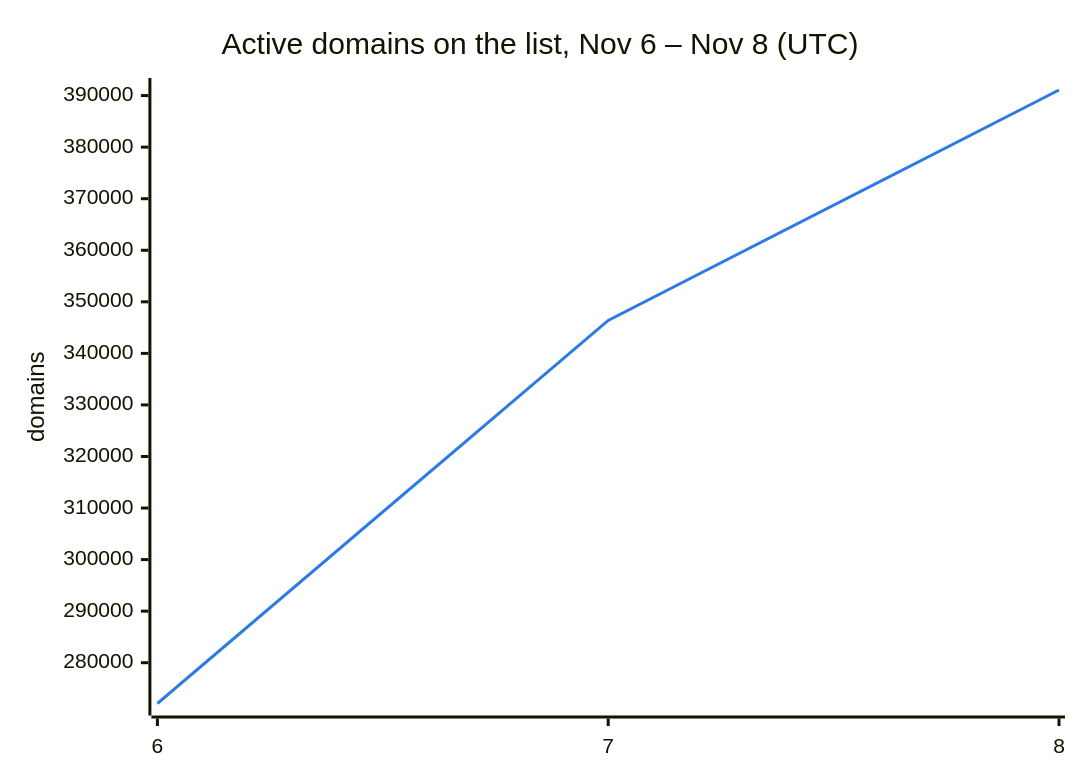
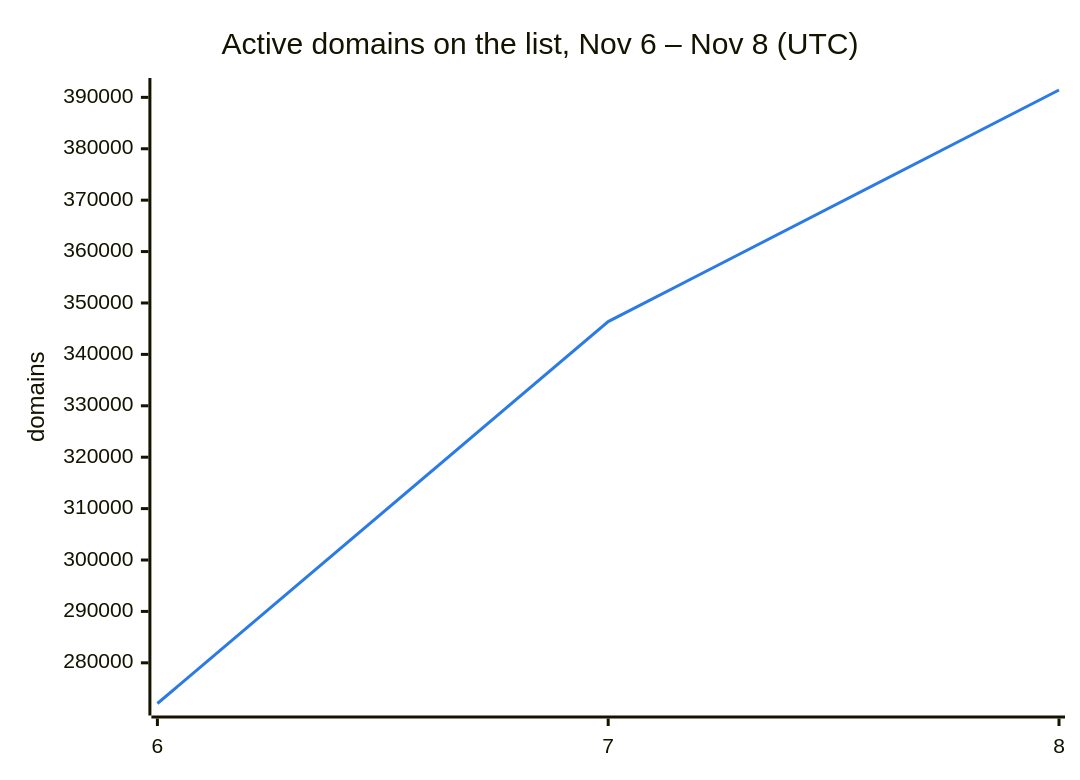
Before and after one commit to DNSBunker/CTI: the second of 3 diagrams in README.md, drawn with Mermaid. The commit also changed other lines of this file and 3 other files, not shown here.

````diff
--- a/README.md
+++ b/README.md
@@ -38,8 +38,8 @@
 ```mermaid
 %%{init: {"themeVariables": {"xyChart": {"plotColorPalette": "#2c7be5"}}}}%%
 xychart-beta
     title "Active domains on the list, Nov 6 – Nov 8 (UTC)"
     x-axis ["6", "7", "8"]
     y-axis "domains"
-    line [272088, 346388, 391084]
+    line [272088, 346388, 391430]
 ```
````
